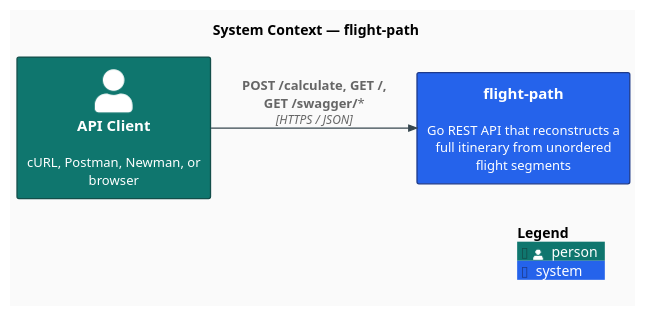
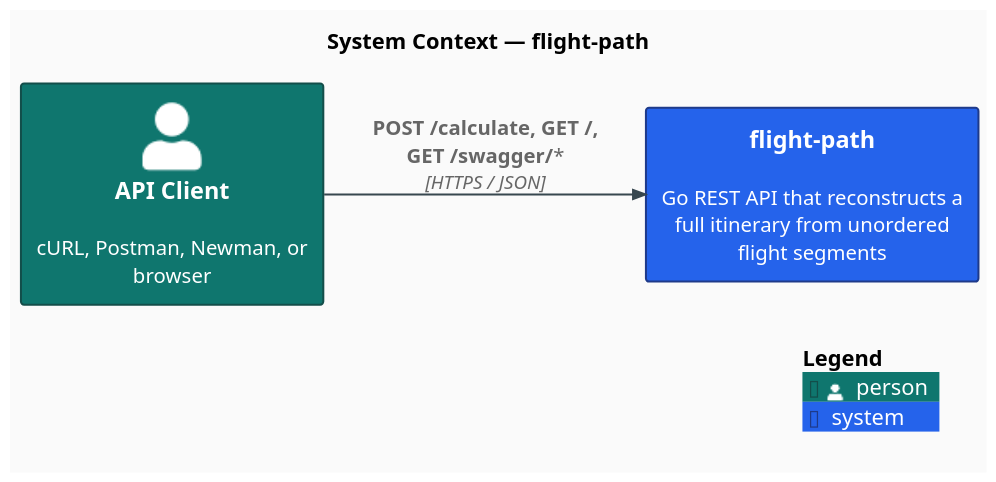
The diagram in docs/diagrams/c4-context.puml (AndriyKalashnykov/flight-path), drawn with PlantUML before and after one commit. The commit also changed 2 other files, not shown here.

Commit message:
docs: render context hero at dpi 150 for a crisper README banner (#288)
skinparam dpi 150 (1.5x) on c4-context.puml raises the render resolution
(703x276 -> 1099x431; aspect unchanged, LAYOUT_LEFT_RIGHT preserved). Embed
width 700 -> 1024 to fill the github.com column crisply (1024 <= 1099 intrinsic,
no upscale; renders ~402px tall, under the hero-height bound). Container diagram
left at default dpi to bound file size.

```diff
--- a/docs/diagrams/c4-context.puml
+++ b/docs/diagrams/c4-context.puml
@@ -1,28 +1,31 @@
 @startuml c4-context
 !include https://raw.githubusercontent.com/plantuml-stdlib/C4-PlantUML/v2.13.0/C4_Context.puml
 
 ' Landscape layout — keeps a small Context view from rendering as a tall portrait.
 LAYOUT_LEFT_RIGHT()
 
 ' Modern flat styling: no shadows, sharper corners, clean sans-serif, modern palette.
+' dpi 150 (1.5x) raises render resolution for a crisp README hero — scales
+' rasterization only, not layout, so the LAYOUT_LEFT_RIGHT aspect is unchanged.
+skinparam dpi 150
 skinparam backgroundColor #FAFAFA
 skinparam shadowing false
 skinparam roundCorner 4
 skinparam defaultFontName "Inter, Helvetica, Arial, sans-serif"
 skinparam defaultFontSize 13
 skinparam ArrowColor #37474F
 skinparam ArrowThickness 1.2
 skinparam rectangleBorderThickness 1.3
 
 UpdateElementStyle("person", $fontColor="#FFFFFF", $bgColor="#0F766E", $borderColor="#134E4A")
 UpdateElementStyle("system", $fontColor="#FFFFFF", $bgColor="#2563EB", $borderColor="#1E3A8A")
 
 title System Context — flight-path
 
 Person(client, "API Client", "cURL, Postman, Newman, or browser")
 System(flightpath, "flight-path", "Go REST API that reconstructs a full itinerary from unordered flight segments")
 
 Rel(client, flightpath, "POST /calculate, GET /, GET /swagger/*", "HTTPS / JSON")
 
 SHOW_LEGEND()
 @enduml
```
